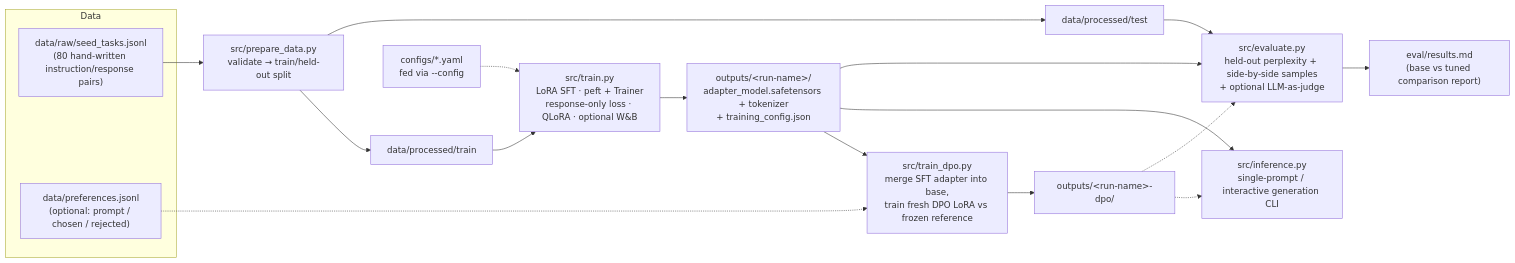
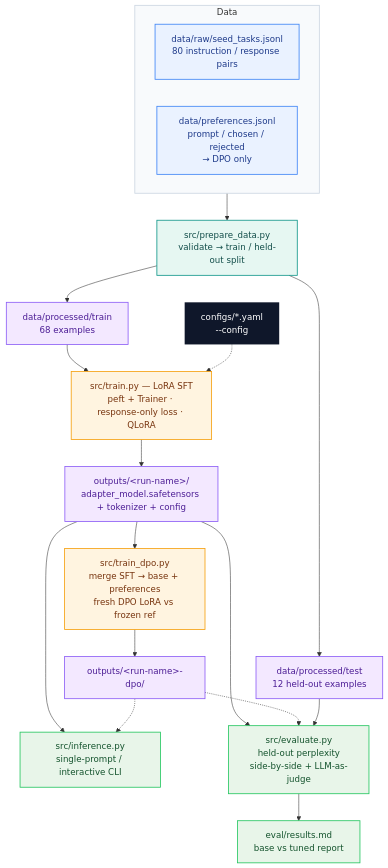
The diagram in README.md (rufengma/LLM-finetune-pipeline), drawn with Mermaid before and after one commit.

Commit message:
docs: restyle architecture diagram in README (color-coded, top-down flow, same logic)

````diff
--- a/README.md
+++ b/README.md
@@ -14,27 +14,43 @@
 ```mermaid
-flowchart LR
-    subgraph DATA["Data"]
-        raw["data/raw/seed_tasks.jsonl<br/>(80 hand-written instruction/response pairs)"]
-        prefs["data/preferences.jsonl<br/>(optional: prompt / chosen / rejected)"]
+flowchart TB
+    subgraph Data["Data"]
+        direction LR
+        Raw["data/raw/seed_tasks.jsonl<br/>80 instruction / response pairs"]:::input
+        Prefs["data/preferences.jsonl<br/>prompt / chosen / rejected<br/>→ DPO only"]:::input
     end
 
-    raw --> prep["src/prepare_data.py<br/>validate → train/held-out split"]
-    prep --> trainset["data/processed/train"]
-    prep --> testset["data/processed/test"]
+    Prep["src/prepare_data.py<br/>validate → train / held-out split"]:::process
+    TrainSet["data/processed/train<br/>68 examples"]:::store
+    TestSet["data/processed/test<br/>12 held-out examples"]:::store
+    Cfg["configs/*.yaml<br/>--config"]:::entry
+    SFT["src/train.py — LoRA SFT<br/>peft + Trainer · response-only loss · QLoRA"]:::model
+    SFTOut["outputs/&lt;run-name&gt;/<br/>adapter_model.safetensors + tokenizer + config"]:::store
+    DPO["src/train_dpo.py<br/>merge SFT → base + preferences<br/>fresh DPO LoRA vs frozen ref"]:::model
+    DPOOut["outputs/&lt;run-name&gt;-dpo/"]:::store
+    Infer["src/inference.py<br/>single-prompt / interactive CLI"]:::output
+    Eval["src/evaluate.py<br/>held-out perplexity<br/>side-by-side + LLM-as-judge"]:::output
+    Results["eval/results.md<br/>base vs tuned report"]:::output
 
-    trainset --> sft["src/train.py<br/>LoRA SFT · peft + Trainer<br/>response-only loss · QLoRA · optional W&B"]
-    cfg["configs/*.yaml<br/>fed via --config"] -.-> sft
-    sft --> sftout["outputs/&lt;run-name&gt;/<br/>adapter_model.safetensors + tokenizer<br/>+ training_config.json"]
+    Raw --> Prep
+    Prep --> TrainSet
+    Prep --> TestSet
+    TrainSet --> SFT
+    Cfg -.-> SFT
+    SFT --> SFTOut
+    SFTOut --> DPO
+    SFTOut --> Infer
+    SFTOut --> Eval
+    DPO --> DPOOut
+    DPOOut -.-> Infer
+    DPOOut -.-> Eval
+    TestSet --> Eval
+    Eval --> Results
 
-    sftout --> dpo["src/train_dpo.py<br/>merge SFT adapter into base,<br/>train fresh DPO LoRA vs frozen reference"]
-    prefs -.-> dpo
-    dpo --> dpoout["outputs/&lt;run-name&gt;-dpo/"]
-
-    sftout --> infer["src/inference.py<br/>single-prompt / interactive generation CLI"]
-    dpoout -.-> infer
-
-    sftout --> eval["src/evaluate.py<br/>held-out perplexity + side-by-side samples<br/>+ optional LLM-as-judge"]
-    dpoout -.-> eval
-    testset --> eval
-    eval --> results["eval/results.md<br/>(base vs tuned comparison report)"]
+    classDef entry fill:#0F172A,stroke:#0F172A,color:#FFFFFF,stroke-width:0px
+    classDef input fill:#EAF2FF,stroke:#3B82F6,stroke-width:1.5px,color:#1E3A8A
+    classDef process fill:#E6F7F2,stroke:#0D9488,stroke-width:1.5px,color:#134E4A
+    classDef model fill:#FFF4E0,stroke:#F59E0B,stroke-width:1.5px,color:#78350F
+    classDef store fill:#F3E8FF,stroke:#8B5CF6,stroke-width:1.5px,color:#4C1D95
+    classDef output fill:#E8F5E9,stroke:#22C55E,stroke-width:1.5px,color:#14532D
+    style Data fill:#F8FAFC,stroke:#CBD5E1,stroke-width:1.5px
 ```
````
